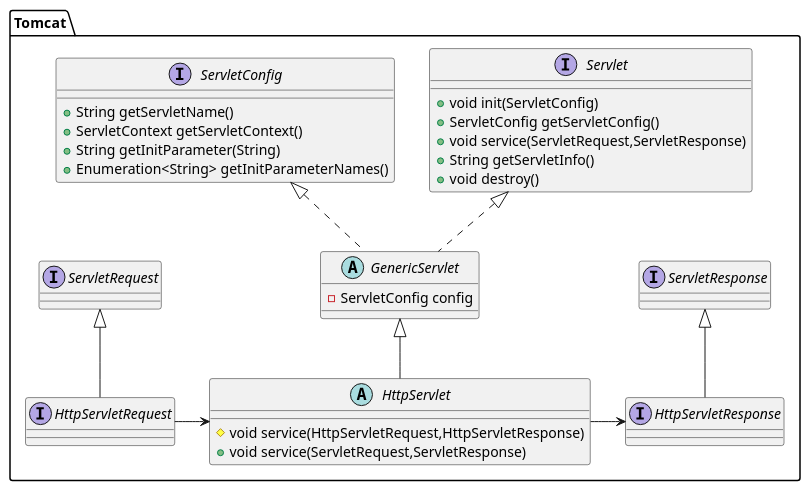
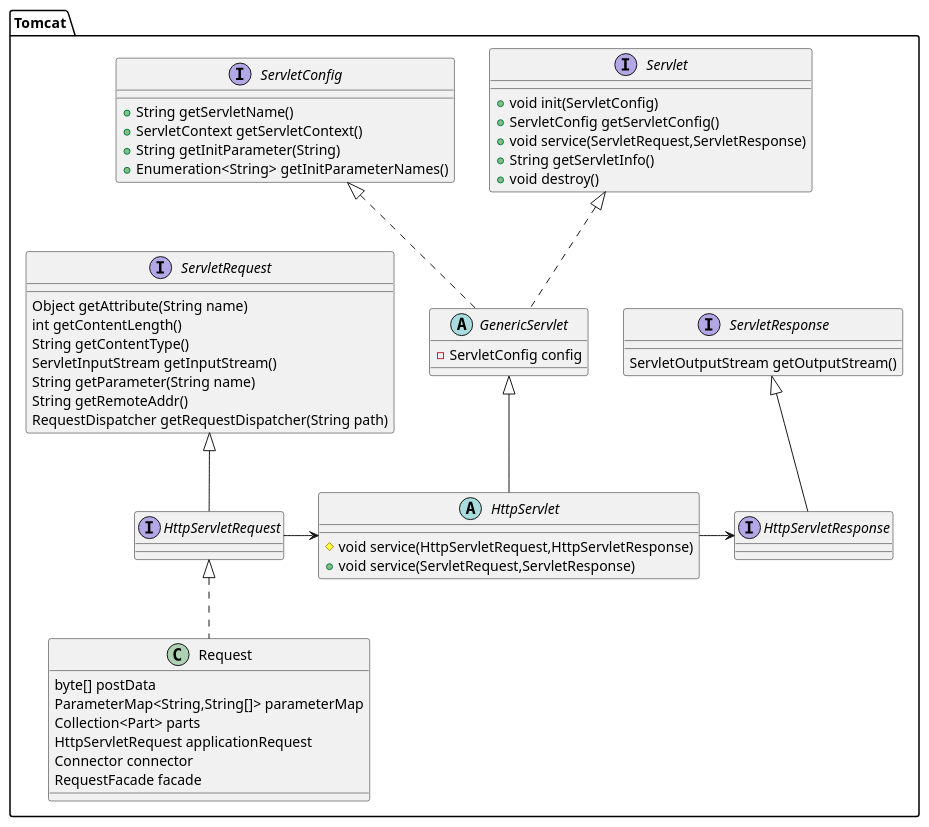
One commit to kevinwang930/kevinwang930.github.io changed the seventh of 8 diagrams in content/post/java/tomcat.md. Above: the diagram before and after it, drawn with PlantUML. The commit also changed other lines of this file and 5 other files, not shown here.

````diff
--- a/content/post/java/tomcat.md
+++ b/content/post/java/tomcat.md
@@ -615,40 +623,59 @@
 ```plantuml
 package Tomcat {
     interface Servlet {
     + void init(ServletConfig)
     + ServletConfig getServletConfig()
     + void service(ServletRequest,ServletResponse)
     + String getServletInfo()
     + void destroy()
     }
 
     interface ServletConfig {
     + String getServletName()
     + ServletContext getServletContext()
     + String getInitParameter(String)
     + Enumeration<String> getInitParameterNames()
     }
 
     abstract class GenericServlet {
     - ServletConfig config
     }
 
     abstract class HttpServlet {
     # void service(HttpServletRequest,HttpServletResponse)
     + void service(ServletRequest,ServletResponse)
     }
 
-    interface ServletRequest {}
+    interface ServletRequest {
+        Object getAttribute(String name)
+        int getContentLength()
+        String getContentType()
+        ServletInputStream getInputStream()
+        String getParameter(String name)
+        String getRemoteAddr()
+        RequestDispatcher getRequestDispatcher(String path)
+    }
     interface HttpServletRequest extends ServletRequest
 
-    interface ServletResponse {}
+    interface ServletResponse {
+        ServletOutputStream getOutputStream()
+
+    }
     interface HttpServletResponse extends ServletResponse
 
+    class Request implements HttpServletRequest {
+        byte[] postData
+        ParameterMap<String,String[]> parameterMap
+        Collection<Part> parts
+        HttpServletRequest applicationRequest
+        Connector connector
+        RequestFacade facade
+    }
 }
 Servlet <|.. GenericServlet
 ServletConfig <|.. GenericServlet
 GenericServlet <|-- HttpServlet
 HttpServletRequest -right-> HttpServlet
 HttpServlet -right-> HttpServletResponse
 
 ```
````
